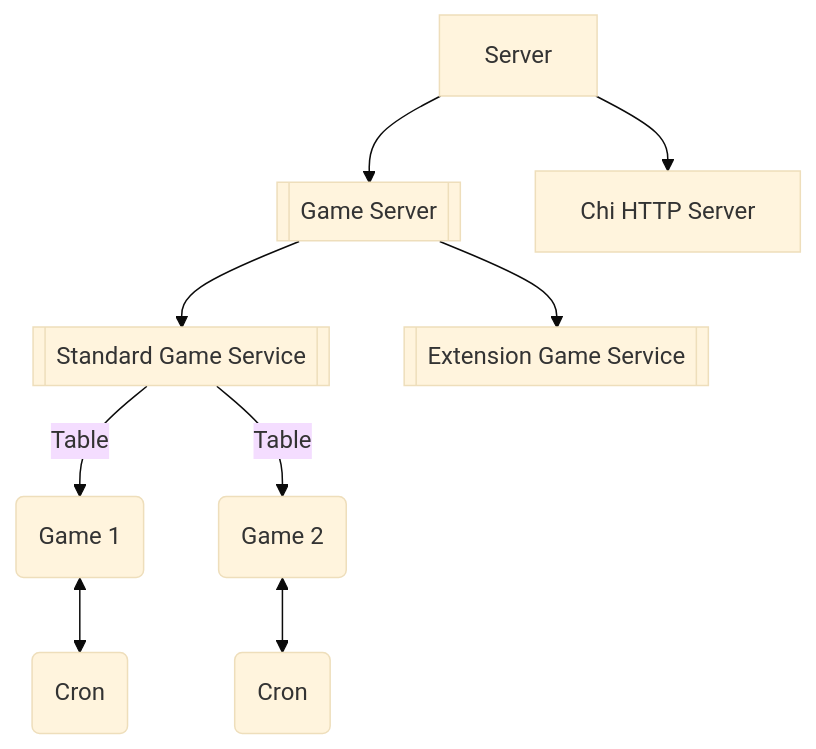
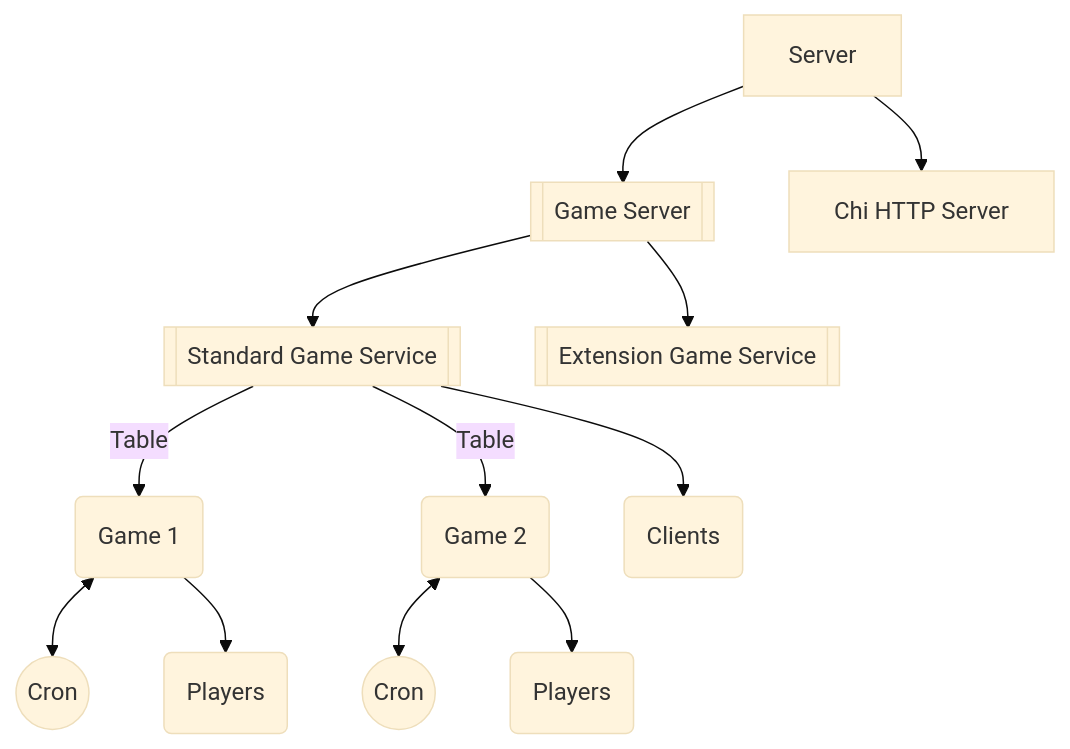
The first of 2 diagrams in services/basegame/README.md (Zadigo/myboardgames), drawn with Mermaid (base theme) before and after one commit.

Commit message:
Refactor read me

````diff
--- a/services/basegame/README.md
+++ b/services/basegame/README.md
@@ -7,15 +7,18 @@
 ```mermaid
 flowchart
 
 S[Server] --> G[[Game Server]]
 S[Server] --> C[Chi HTTP Server]
 
 G --> ST[[Standard Game Service]]
 G --> EX[[Extension Game Service]]
 
 ST --> |Table|T1(Game 1)
 ST --> |Table|T2(Game 2)
+ST --> L(Clients)
 
-T1 <--> C1(Cron)
-T2 <--> C2(Cron)
+T1 <--> C1((Cron))
+T2 <--> C2((Cron))
+T1 --> P1(Players)
+T2 --> P2(Players)
 ```
````
